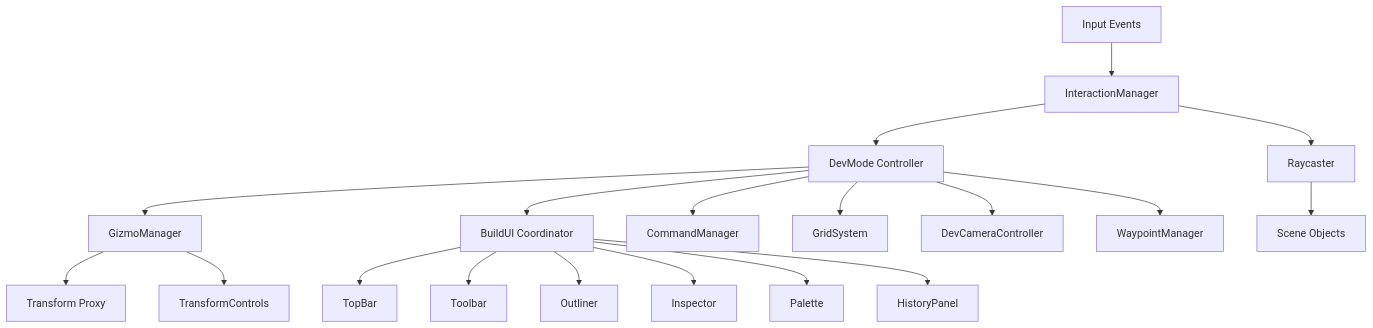
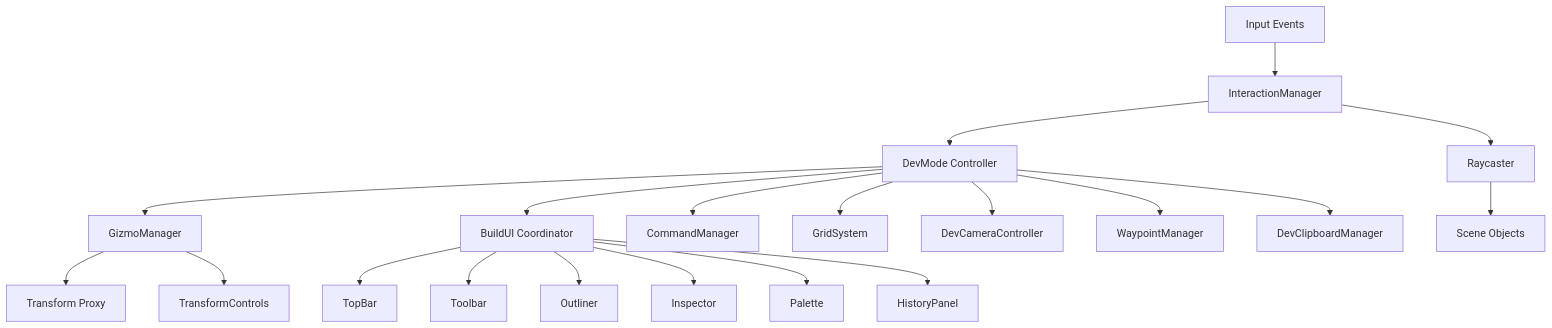
One commit to DanteMarone/Drone-City-Flight changed the diagram in docs/dev_tools.md. Above: the diagram before and after it, drawn with Mermaid. The commit also changed other lines of this file and 2 other files, not shown here.

Commit message:
Refactor dev clipboard handling

````diff
--- a/docs/dev_tools.md
+++ b/docs/dev_tools.md
@@ -10,25 +10,26 @@
 ```mermaid
 graph TD
     Input[Input Events] --> Interaction[InteractionManager]
     Interaction --> DevMode[DevMode Controller]
 
     DevMode --> Gizmo[GizmoManager]
     DevMode --> BuildUI[BuildUI Coordinator]
     DevMode --> History[CommandManager]
     DevMode --> Grid[GridSystem]
     DevMode --> Cam[DevCameraController]
     DevMode --> Waypoint[WaypointManager]
+    DevMode --> Clipboard[DevClipboardManager]
 
     BuildUI --> TopBar
     BuildUI --> Toolbar
     BuildUI --> Outliner
     BuildUI --> Inspector
     BuildUI --> Palette
     BuildUI --> HistoryPanel
 
     Gizmo --> Proxy[Transform Proxy]
     Gizmo --> Controls[TransformControls]
 
     Interaction --> Raycast[Raycaster]
     Raycast --> Scene[Scene Objects]
 ```
````
